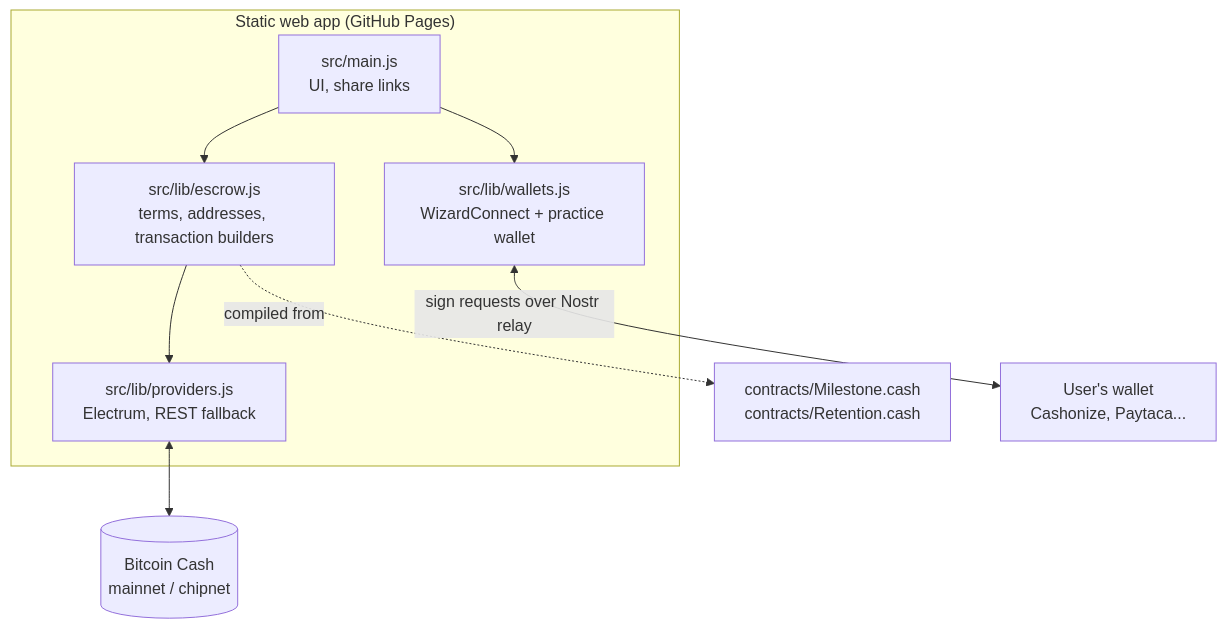
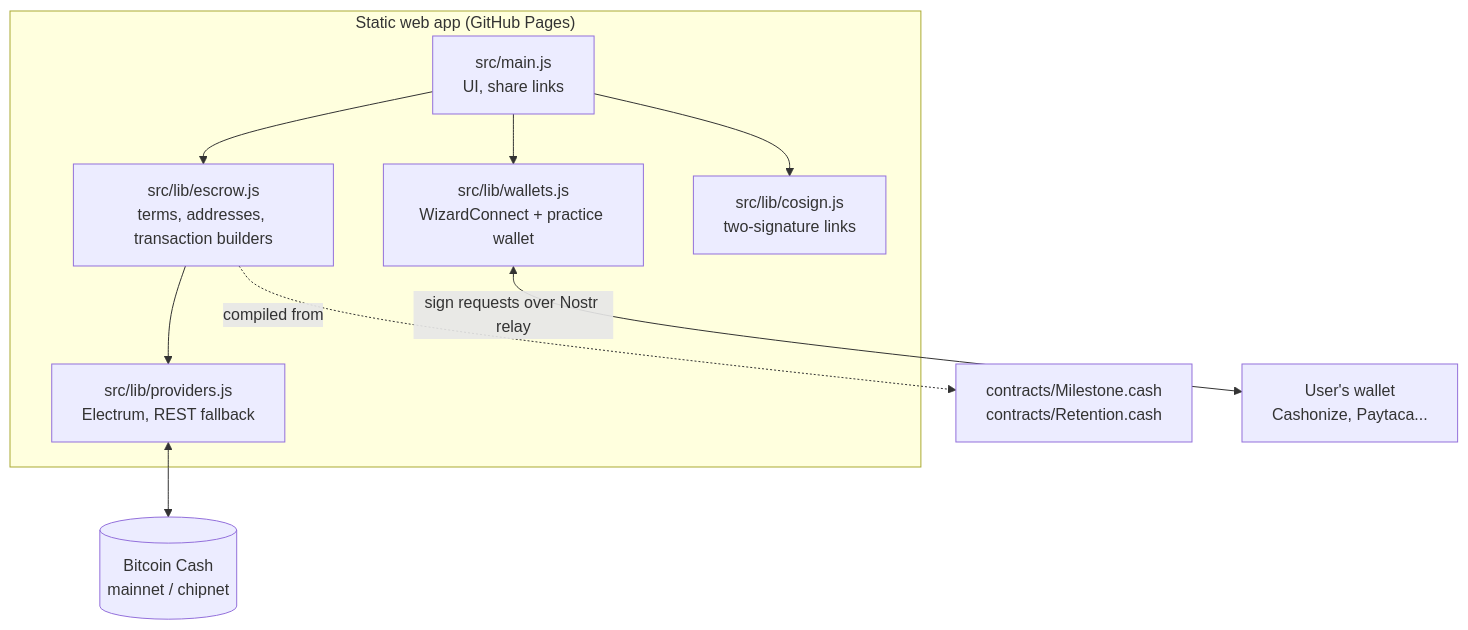
Before and after one commit to khrisdidukh/veridom-bch: the second of 2 diagrams in README.md, drawn with Mermaid. The commit also changed other lines of this file and 46 other files, not shown here.

````diff
--- a/README.md
+++ b/README.md
@@ -40,14 +40,16 @@
 ```mermaid
 flowchart TB
     subgraph Browser["Static web app (GitHub Pages)"]
         UI[src/main.js<br/>UI, share links]
         LIB[src/lib/escrow.js<br/>terms, addresses, transaction builders]
         W[src/lib/wallets.js<br/>WizardConnect + practice wallet]
+        CO[src/lib/cosign.js<br/>two-signature links]
         P[src/lib/providers.js<br/>Electrum, REST fallback]
     end
     UI --> LIB --> P
     UI --> W
+    UI --> CO
     W <-- "sign requests over Nostr relay" --> WAL[User's wallet<br/>Cashonize, Paytaca...]
     P <--> BCH[(Bitcoin Cash<br/>mainnet / chipnet)]
     LIB -. compiled from .-> CS[contracts/Milestone.cash<br/>contracts/Retention.cash]
 ```
````
